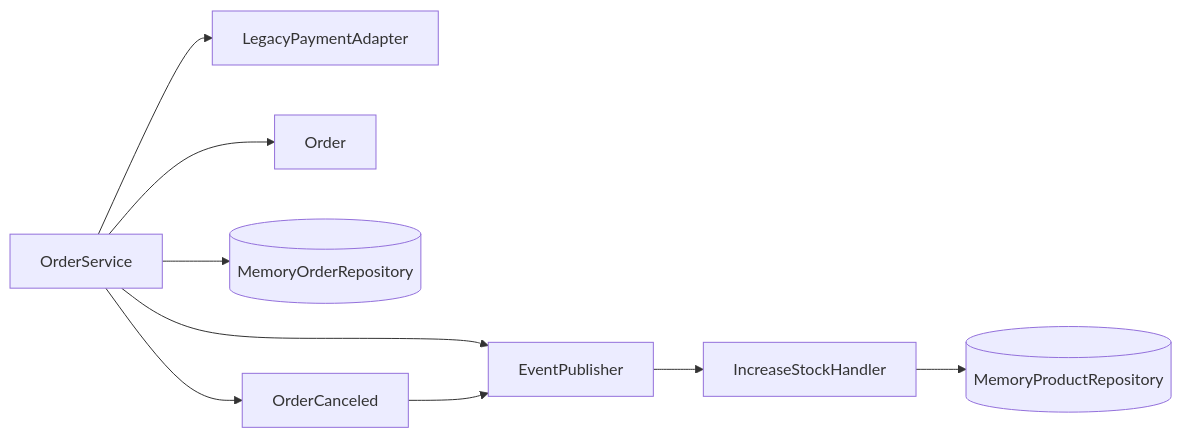
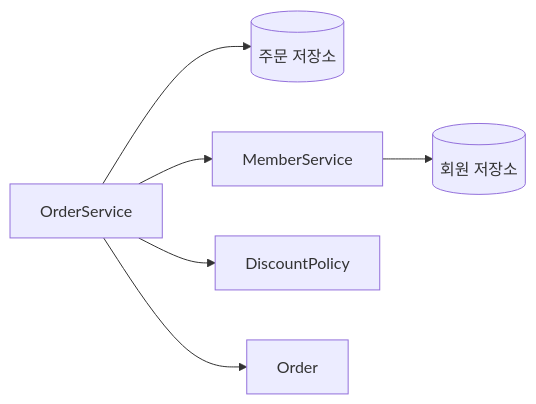
Before and after one commit to busan-bank-2026/ddd-example: the third of 5 diagrams in .projectcode/wiki/scenarios.md, drawn with Mermaid. The commit also changed other lines of this file and 6 other files, not shown here.

````diff
--- a/.projectcode/wiki/scenarios.md
+++ b/.projectcode/wiki/scenarios.md
@@ -66,11 +52,8 @@
 ```mermaid
 flowchart LR
-  A[OrderService] --> B[LegacyPaymentAdapter]
-  A --> C[Order]
-  A --> D[(MemoryOrderRepository)]
-  A --> E[OrderCanceled]
-  A --> F[EventPublisher]
-  E --> F
-  F --> G[IncreaseStockHandler]
-  G --> H[(MemoryProductRepository)]
+  A[OrderService] --> B[(주문 저장소)]
+  A --> C[MemberService]
+  C --> D[(회원 저장소)]
+  A --> E[DiscountPolicy]
+  A --> F[Order]
 ```
````
